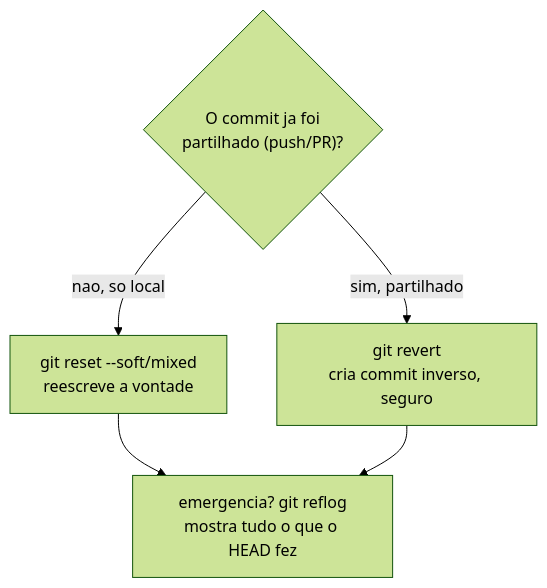
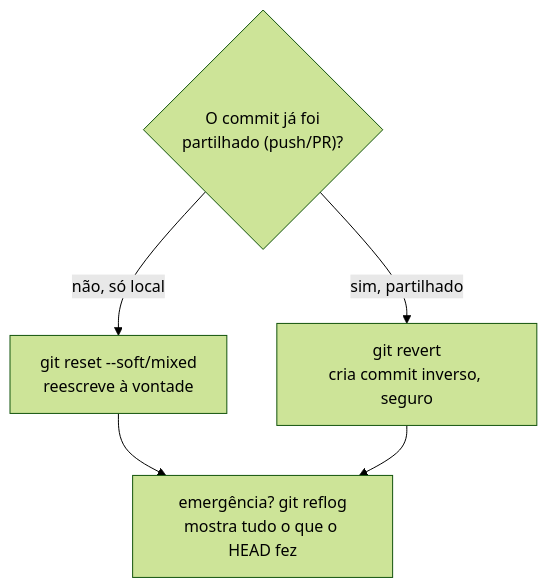
One commit to BerniloBernardo-boot/Git-e-GitHub changed the first of 2 diagrams in 09-Git-Avancado/01-reset-revert-reflog.md. Above: the diagram before and after it, drawn with Mermaid (forest theme). The commit also changed other lines of this file and 13 other files, not shown here.

Commit message:
docs: traduz elementos explicativos dos diagramas para PT-PT

````diff
--- a/09-Git-Avancado/01-reset-revert-reflog.md
+++ b/09-Git-Avancado/01-reset-revert-reflog.md
@@ -8,7 +8,7 @@
 ```mermaid
 flowchart TD
-    Q{"O commit ja foi\npartilhado (push/PR)?"} -->|nao, so local| R["git reset --soft/mixed<br/>reescreve a vontade"]
+    Q{"O commit já foi\npartilhado (push/PR)?"} -->|não, só local| R["git reset --soft/mixed<br/>reescreve à vontade"]
     Q -->|sim, partilhado| V["git revert<br/>cria commit inverso, seguro"]
-    R --> G["emergencia? git reflog<br/>mostra tudo o que o HEAD fez"]
+    R --> G["emergência? git reflog<br/>mostra tudo o que o HEAD fez"]
     V --> G
 ```
````
